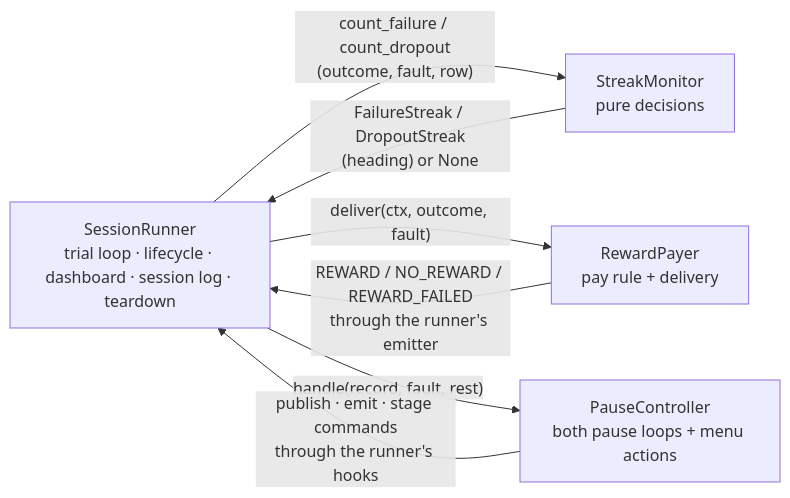
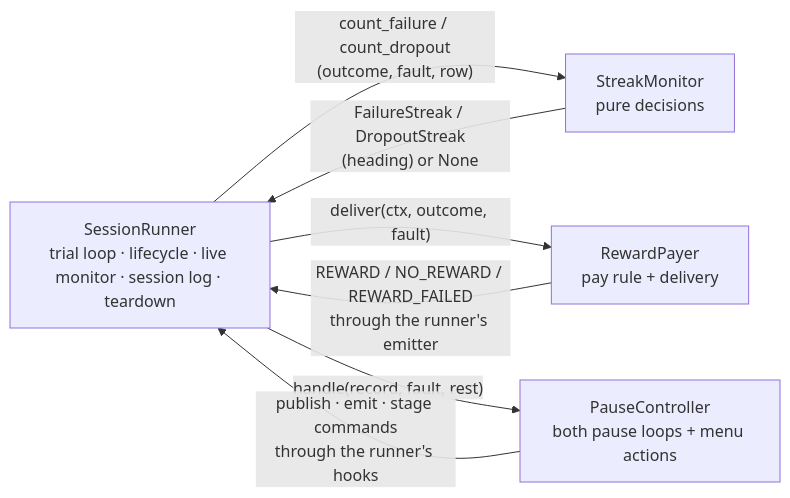
Diagram 13 of 16 in docs/architecture.md (sh4r11f/alhazen), drawn with Mermaid before and after one commit. The commit also changed other lines of this file and 90 other files, not shown here.

````diff
--- a/docs/architecture.md
+++ b/docs/architecture.md
@@ -1803,10 +1805,10 @@
 ```mermaid
 flowchart LR
-    RUN["SessionRunner<br/>trial loop · lifecycle · dashboard · session log · teardown"]
+    RUN["SessionRunner<br/>trial loop · lifecycle · live monitor · session log · teardown"]
     RUN -->|"count_failure / count_dropout<br/>(outcome, fault, row)"| SM["StreakMonitor<br/>pure decisions"]
     SM -->|"FailureStreak / DropoutStreak<br/>(heading) or None"| RUN
     RUN -->|"deliver(ctx, outcome, fault)"| RP["RewardPayer<br/>pay rule + delivery"]
     RP -->|"REWARD / NO_REWARD / REWARD_FAILED<br/>through the runner's emitter"| RUN
     RUN -->|"handle(record, fault, rest)"| PC["PauseController<br/>both pause loops + menu actions"]
     PC -->|"publish · emit · stage commands<br/>through the runner's hooks"| RUN
 ```
````
